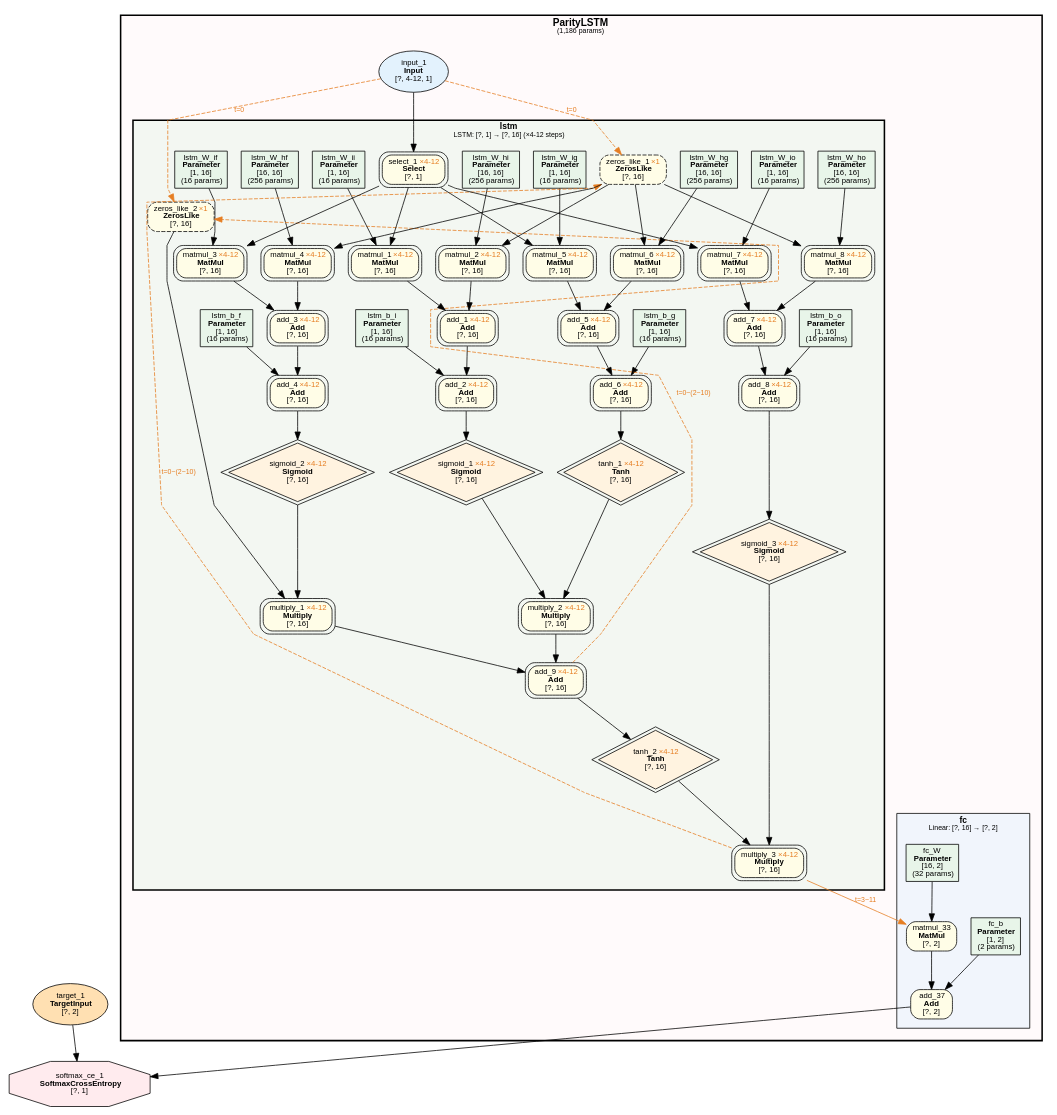
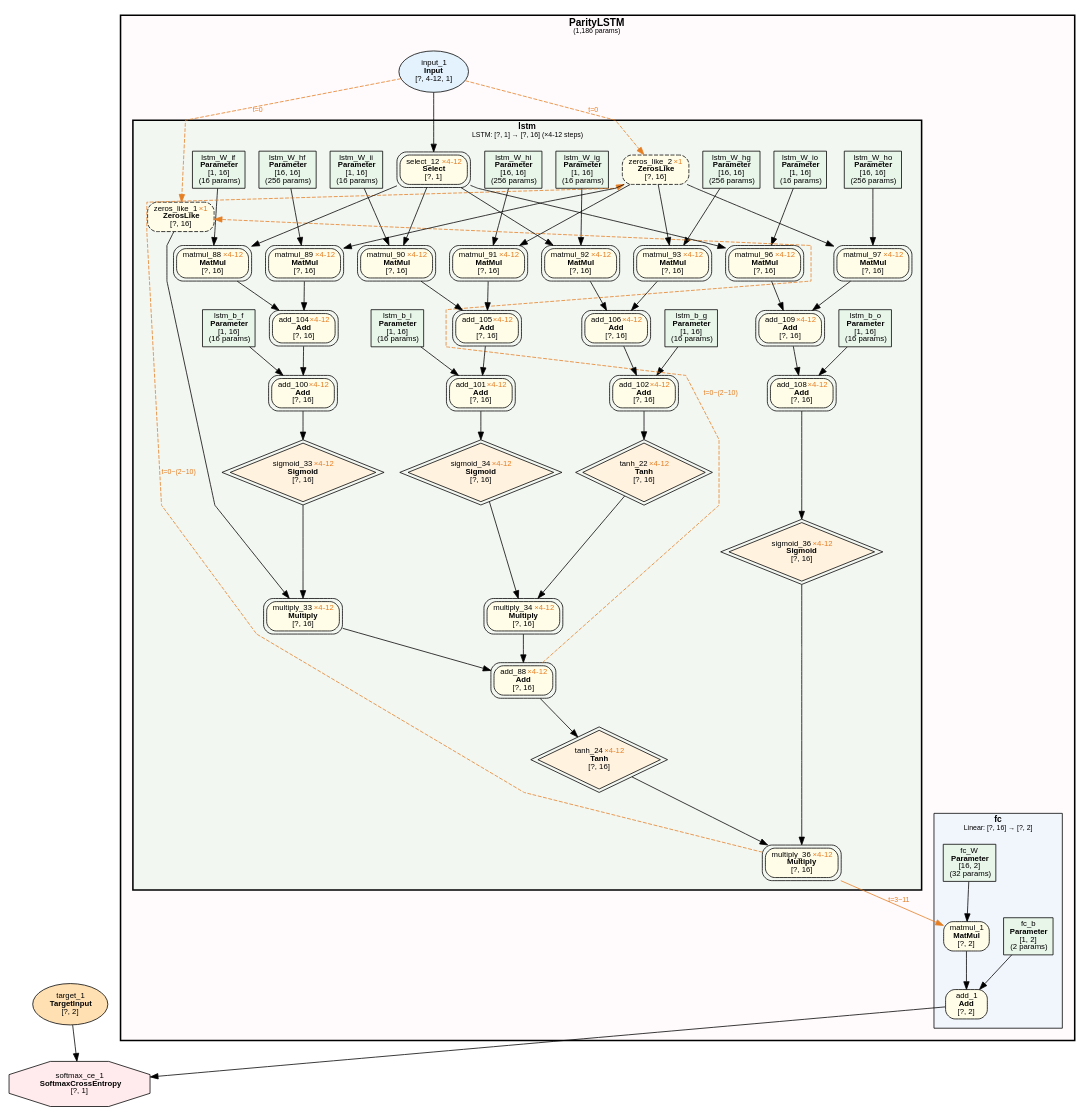
Before and after one commit to dbsxdbsx/only_torch: the diagram in examples/parity_lstm_var_len/parity_lstm_var_len.dot, drawn with Graphviz. The commit also changed 15 other files, not shown here.

```diff
--- a/examples/parity_lstm_var_len/parity_lstm_var_len.dot
+++ b/examples/parity_lstm_var_len/parity_lstm_var_len.dot
@@ -20,10 +20,10 @@
             fontname="Microsoft YaHei,SimHei,Arial";
             fontsize=11;
             margin=12;
-                "89025" [label=<add_37<BR/><B>Add</B><BR/>[?, 2]> shape=box style="filled,rounded" fillcolor="#FFFDE7" fontsize=10];
-                "89024" [label=<matmul_33<BR/><B>MatMul</B><BR/>[?, 2]> shape=box style="filled,rounded" fillcolor="#FFFDE7" fontsize=10];
-                "14" [label=<fc_b<BR/><B>Parameter</B><BR/>[1, 2]<BR/>(2 params)> shape=box style=filled fillcolor="#E8F5E9" fontsize=10];
-                "13" [label=<fc_W<BR/><B>Parameter</B><BR/>[16, 2]<BR/>(32 params)> shape=box style=filled fillcolor="#E8F5E9" fontsize=10];
+                "2" [label=<add_1<BR/><B>Add</B><BR/>[?, 2]> shape=box style="filled,rounded" fillcolor="#FFFDE7" fontsize=10];
+                "4" [label=<matmul_1<BR/><B>MatMul</B><BR/>[?, 2]> shape=box style="filled,rounded" fillcolor="#FFFDE7" fontsize=10];
+                "5" [label=<fc_b<BR/><B>Parameter</B><BR/>[1, 2]<BR/>(2 params)> shape=box style=filled fillcolor="#E8F5E9" fontsize=10];
+                "7" [label=<fc_W<BR/><B>Parameter</B><BR/>[16, 2]<BR/>(32 params)> shape=box style=filled fillcolor="#E8F5E9" fontsize=10];
         }
 
         subgraph cluster_ParityLSTM_lstm {
@@ -35,108 +35,108 @@
             fontname="Microsoft YaHei,SimHei,Arial";
             fontsize=11;
             margin=12;
-            "12" [label=<lstm_b_o<BR/><B>Parameter</B><BR/>[1, 16]<BR/>(16 params)> shape=box style=filled fillcolor="#E8F5E9" fontsize=10];
-            "10" [label=<lstm_W_io<BR/><B>Parameter</B><BR/>[1, 16]<BR/>(16 params)> shape=box style=filled fillcolor="#E8F5E9" fontsize=10];
-            "11" [label=<lstm_W_ho<BR/><B>Parameter</B><BR/>[16, 16]<BR/>(256 params)> shape=box style=filled fillcolor="#E8F5E9" fontsize=10];
-            "6" [label=<lstm_b_f<BR/><B>Parameter</B><BR/>[1, 16]<BR/>(16 params)> shape=box style=filled fillcolor="#E8F5E9" fontsize=10];
-            "3" [label=<lstm_b_i<BR/><B>Parameter</B><BR/>[1, 16]<BR/>(16 params)> shape=box style=filled fillcolor="#E8F5E9" fontsize=10];
-            "9" [label=<lstm_b_g<BR/><B>Parameter</B><BR/>[1, 16]<BR/>(16 params)> shape=box style=filled fillcolor="#E8F5E9" fontsize=10];
-            "4" [label=<lstm_W_if<BR/><B>Parameter</B><BR/>[1, 16]<BR/>(16 params)> shape=box style=filled fillcolor="#E8F5E9" fontsize=10];
-            "5" [label=<lstm_W_hf<BR/><B>Parameter</B><BR/>[16, 16]<BR/>(256 params)> shape=box style=filled fillcolor="#E8F5E9" fontsize=10];
-            "88943" [label=<add_9 <FONT COLOR="#E67E22">×4-12</FONT><BR/><B>Add</B><BR/>[?, 16]> shape=box style="filled,rounded" fillcolor="#FFFDE7" fontsize=10 peripheries=2];
-            "1" [label=<lstm_W_ii<BR/><B>Parameter</B><BR/>[1, 16]<BR/>(16 params)> shape=box style=filled fillcolor="#E8F5E9" fontsize=10];
-            "2" [label=<lstm_W_hi<BR/><B>Parameter</B><BR/>[16, 16]<BR/>(256 params)> shape=box style=filled fillcolor="#E8F5E9" fontsize=10];
-            "7" [label=<lstm_W_ig<BR/><B>Parameter</B><BR/>[1, 16]<BR/>(16 params)> shape=box style=filled fillcolor="#E8F5E9" fontsize=10];
-            "8" [label=<lstm_W_hg<BR/><B>Parameter</B><BR/>[16, 16]<BR/>(256 params)> shape=box style=filled fillcolor="#E8F5E9" fontsize=10];
-            "88941" [label=<multiply_1 <FONT COLOR="#E67E22">×4-12</FONT><BR/><B>Multiply</B><BR/>[?, 16]> shape=box style="filled,rounded" fillcolor="#FFFDE7" fontsize=10 peripheries=2];
-            "88942" [label=<multiply_2 <FONT COLOR="#E67E22">×4-12</FONT><BR/><B>Multiply</B><BR/>[?, 16]> shape=box style="filled,rounded" fillcolor="#FFFDE7" fontsize=10 peripheries=2];
-            "88930" [label=<sigmoid_2 <FONT COLOR="#E67E22">×4-12</FONT><BR/><B>Sigmoid</B><BR/>[?, 16]> shape=diamond style=filled fillcolor="#FFF3E0" fontsize=10 peripheries=2];
-            "88919" [label=<zeros_like_2 <FONT COLOR="#E67E22">×1</FONT><BR/><B>ZerosLike</B><BR/>[?, 16]> shape=box style="filled,rounded,dashed" fillcolor="#FFFDE7" fontsize=10];
-            "88925" [label=<sigmoid_1 <FONT COLOR="#E67E22">×4-12</FONT><BR/><B>Sigmoid</B><BR/>[?, 16]> shape=diamond style=filled fillcolor="#FFF3E0" fontsize=10 peripheries=2];
-            "88935" [label=<tanh_1 <FONT COLOR="#E67E22">×4-12</FONT><BR/><B>Tanh</B><BR/>[?, 16]> shape=diamond style=filled fillcolor="#FFF3E0" fontsize=10 peripheries=2];
-            "88929" [label=<add_4 <FONT COLOR="#E67E22">×4-12</FONT><BR/><B>Add</B><BR/>[?, 16]> shape=box style="filled,rounded" fillcolor="#FFFDE7" fontsize=10 peripheries=2];
-            "88924" [label=<add_2 <FONT COLOR="#E67E22">×4-12</FONT><BR/><B>Add</B><BR/>[?, 16]> shape=box style="filled,rounded" fillcolor="#FFFDE7" fontsize=10 peripheries=2];
-            "88934" [label=<add_6 <FONT COLOR="#E67E22">×4-12</FONT><BR/><B>Add</B><BR/>[?, 16]> shape=box style="filled,rounded" fillcolor="#FFFDE7" fontsize=10 peripheries=2];
-            "88945" [label=<multiply_3 <FONT COLOR="#E67E22">×4-12</FONT><BR/><B>Multiply</B><BR/>[?, 16]> shape=box style="filled,rounded" fillcolor="#FFFDE7" fontsize=10 peripheries=2];
-            "88928" [label=<add_3 <FONT COLOR="#E67E22">×4-12</FONT><BR/><B>Add</B><BR/>[?, 16]> shape=box style="filled,rounded" fillcolor="#FFFDE7" fontsize=10 peripheries=2];
-            "88923" [label=<add_1 <FONT COLOR="#E67E22">×4-12</FONT><BR/><B>Add</B><BR/>[?, 16]> shape=box style="filled,rounded" fillcolor="#FFFDE7" fontsize=10 peripheries=2];
-            "88933" [label=<add_5 <FONT COLOR="#E67E22">×4-12</FONT><BR/><B>Add</B><BR/>[?, 16]> shape=box style="filled,rounded" fillcolor="#FFFDE7" fontsize=10 peripheries=2];
-            "88940" [label=<sigmoid_3 <FONT COLOR="#E67E22">×4-12</FONT><BR/><B>Sigmoid</B><BR/>[?, 16]> shape=diamond style=filled fillcolor="#FFF3E0" fontsize=10 peripheries=2];
-            "88944" [label=<tanh_2 <FONT COLOR="#E67E22">×4-12</FONT><BR/><B>Tanh</B><BR/>[?, 16]> shape=diamond style=filled fillcolor="#FFF3E0" fontsize=10 peripheries=2];
-            "88926" [label=<matmul_3 <FONT COLOR="#E67E22">×4-12</FONT><BR/><B>MatMul</B><BR/>[?, 16]> shape=box style="filled,rounded" fillcolor="#FFFDE7" fontsize=10 peripheries=2];
-            "88927" [label=<matmul_4 <FONT COLOR="#E67E22">×4-12</FONT><BR/><B>MatMul</B><BR/>[?, 16]> shape=box style="filled,rounded" fillcolor="#FFFDE7" fontsize=10 peripheries=2];
-            "88921" [label=<matmul_1 <FONT COLOR="#E67E22">×4-12</FONT><BR/><B>MatMul</B><BR/>[?, 16]> shape=box style="filled,rounded" fillcolor="#FFFDE7" fontsize=10 peripheries=2];
-            "88922" [label=<matmul_2 <FONT COLOR="#E67E22">×4-12</FONT><BR/><B>MatMul</B><BR/>[?, 16]> shape=box style="filled,rounded" fillcolor="#FFFDE7" fontsize=10 peripheries=2];
-            "88931" [label=<matmul_5 <FONT COLOR="#E67E22">×4-12</FONT><BR/><B>MatMul</B><BR/>[?, 16]> shape=box style="filled,rounded" fillcolor="#FFFDE7" fontsize=10 peripheries=2];
-            "88932" [label=<matmul_6 <FONT COLOR="#E67E22">×4-12</FONT><BR/><B>MatMul</B><BR/>[?, 16]> shape=box style="filled,rounded" fillcolor="#FFFDE7" fontsize=10 peripheries=2];
-            "88939" [label=<add_8 <FONT COLOR="#E67E22">×4-12</FONT><BR/><B>Add</B><BR/>[?, 16]> shape=box style="filled,rounded" fillcolor="#FFFDE7" fontsize=10 peripheries=2];
-            "88920" [label=<select_1 <FONT COLOR="#E67E22">×4-12</FONT><BR/><B>Select</B><BR/>[?, 1]> shape=box style="filled,rounded" fillcolor="#FFFDE7" fontsize=10 peripheries=2];
-            "88918" [label=<zeros_like_1 <FONT COLOR="#E67E22">×1</FONT><BR/><B>ZerosLike</B><BR/>[?, 16]> shape=box style="filled,rounded,dashed" fillcolor="#FFFDE7" fontsize=10];
-            "88938" [label=<add_7 <FONT COLOR="#E67E22">×4-12</FONT><BR/><B>Add</B><BR/>[?, 16]> shape=box style="filled,rounded" fillcolor="#FFFDE7" fontsize=10 peripheries=2];
-            "88936" [label=<matmul_7 <FONT COLOR="#E67E22">×4-12</FONT><BR/><B>MatMul</B><BR/>[?, 16]> shape=box style="filled,rounded" fillcolor="#FFFDE7" fontsize=10 peripheries=2];
-            "88937" [label=<matmul_8 <FONT COLOR="#E67E22">×4-12</FONT><BR/><B>MatMul</B><BR/>[?, 16]> shape=box style="filled,rounded" fillcolor="#FFFDE7" fontsize=10 peripheries=2];
+            "13" [label=<lstm_b_o<BR/><B>Parameter</B><BR/>[1, 16]<BR/>(16 params)> shape=box style=filled fillcolor="#E8F5E9" fontsize=10];
+            "23" [label=<lstm_W_io<BR/><B>Parameter</B><BR/>[1, 16]<BR/>(16 params)> shape=box style=filled fillcolor="#E8F5E9" fontsize=10];
+            "25" [label=<lstm_W_ho<BR/><B>Parameter</B><BR/>[16, 16]<BR/>(256 params)> shape=box style=filled fillcolor="#E8F5E9" fontsize=10];
+            "35" [label=<lstm_b_f<BR/><B>Parameter</B><BR/>[1, 16]<BR/>(16 params)> shape=box style=filled fillcolor="#E8F5E9" fontsize=10];
+            "41" [label=<lstm_b_i<BR/><B>Parameter</B><BR/>[1, 16]<BR/>(16 params)> shape=box style=filled fillcolor="#E8F5E9" fontsize=10];
+            "43" [label=<lstm_b_g<BR/><B>Parameter</B><BR/>[1, 16]<BR/>(16 params)> shape=box style=filled fillcolor="#E8F5E9" fontsize=10];
+            "57" [label=<lstm_W_if<BR/><B>Parameter</B><BR/>[1, 16]<BR/>(16 params)> shape=box style=filled fillcolor="#E8F5E9" fontsize=10];
+            "58" [label=<lstm_W_hf<BR/><B>Parameter</B><BR/>[16, 16]<BR/>(256 params)> shape=box style=filled fillcolor="#E8F5E9" fontsize=10];
+            "66" [label=<lstm_W_ii<BR/><B>Parameter</B><BR/>[1, 16]<BR/>(16 params)> shape=box style=filled fillcolor="#E8F5E9" fontsize=10];
+            "67" [label=<lstm_W_hi<BR/><B>Parameter</B><BR/>[16, 16]<BR/>(256 params)> shape=box style=filled fillcolor="#E8F5E9" fontsize=10];
+            "68" [label=<lstm_W_ig<BR/><B>Parameter</B><BR/>[1, 16]<BR/>(16 params)> shape=box style=filled fillcolor="#E8F5E9" fontsize=10];
+            "69" [label=<lstm_W_hg<BR/><B>Parameter</B><BR/>[16, 16]<BR/>(256 params)> shape=box style=filled fillcolor="#E8F5E9" fontsize=10];
+            "266" [label=<add_88 <FONT COLOR="#E67E22">×4-12</FONT><BR/><B>Add</B><BR/>[?, 16]> shape=box style="filled,rounded" fillcolor="#FFFDE7" fontsize=10 peripheries=2];
+            "277" [label=<multiply_33 <FONT COLOR="#E67E22">×4-12</FONT><BR/><B>Multiply</B><BR/>[?, 16]> shape=box style="filled,rounded" fillcolor="#FFFDE7" fontsize=10 peripheries=2];
+            "278" [label=<multiply_34 <FONT COLOR="#E67E22">×4-12</FONT><BR/><B>Multiply</B><BR/>[?, 16]> shape=box style="filled,rounded" fillcolor="#FFFDE7" fontsize=10 peripheries=2];
+            "291" [label=<sigmoid_33 <FONT COLOR="#E67E22">×4-12</FONT><BR/><B>Sigmoid</B><BR/>[?, 16]> shape=diamond style=filled fillcolor="#FFF3E0" fontsize=10 peripheries=2];
+            "292" [label=<zeros_like_1 <FONT COLOR="#E67E22">×1</FONT><BR/><B>ZerosLike</B><BR/>[?, 16]> shape=box style="filled,rounded,dashed" fillcolor="#FFFDE7" fontsize=10];
+            "293" [label=<sigmoid_34 <FONT COLOR="#E67E22">×4-12</FONT><BR/><B>Sigmoid</B><BR/>[?, 16]> shape=diamond style=filled fillcolor="#FFF3E0" fontsize=10 peripheries=2];
+            "294" [label=<tanh_22 <FONT COLOR="#E67E22">×4-12</FONT><BR/><B>Tanh</B><BR/>[?, 16]> shape=diamond style=filled fillcolor="#FFF3E0" fontsize=10 peripheries=2];
+            "302" [label=<add_100 <FONT COLOR="#E67E22">×4-12</FONT><BR/><B>Add</B><BR/>[?, 16]> shape=box style="filled,rounded" fillcolor="#FFFDE7" fontsize=10 peripheries=2];
+            "303" [label=<add_101 <FONT COLOR="#E67E22">×4-12</FONT><BR/><B>Add</B><BR/>[?, 16]> shape=box style="filled,rounded" fillcolor="#FFFDE7" fontsize=10 peripheries=2];
+            "304" [label=<add_102 <FONT COLOR="#E67E22">×4-12</FONT><BR/><B>Add</B><BR/>[?, 16]> shape=box style="filled,rounded" fillcolor="#FFFDE7" fontsize=10 peripheries=2];
+            "313" [label=<multiply_36 <FONT COLOR="#E67E22">×4-12</FONT><BR/><B>Multiply</B><BR/>[?, 16]> shape=box style="filled,rounded" fillcolor="#FFFDE7" fontsize=10 peripheries=2];
+            "314" [label=<add_104 <FONT COLOR="#E67E22">×4-12</FONT><BR/><B>Add</B><BR/>[?, 16]> shape=box style="filled,rounded" fillcolor="#FFFDE7" fontsize=10 peripheries=2];
+            "315" [label=<add_105 <FONT COLOR="#E67E22">×4-12</FONT><BR/><B>Add</B><BR/>[?, 16]> shape=box style="filled,rounded" fillcolor="#FFFDE7" fontsize=10 peripheries=2];
+            "316" [label=<add_106 <FONT COLOR="#E67E22">×4-12</FONT><BR/><B>Add</B><BR/>[?, 16]> shape=box style="filled,rounded" fillcolor="#FFFDE7" fontsize=10 peripheries=2];
+            "318" [label=<sigmoid_36 <FONT COLOR="#E67E22">×4-12</FONT><BR/><B>Sigmoid</B><BR/>[?, 16]> shape=diamond style=filled fillcolor="#FFF3E0" fontsize=10 peripheries=2];
+            "319" [label=<tanh_24 <FONT COLOR="#E67E22">×4-12</FONT><BR/><B>Tanh</B><BR/>[?, 16]> shape=diamond style=filled fillcolor="#FFF3E0" fontsize=10 peripheries=2];
+            "320" [label=<matmul_88 <FONT COLOR="#E67E22">×4-12</FONT><BR/><B>MatMul</B><BR/>[?, 16]> shape=box style="filled,rounded" fillcolor="#FFFDE7" fontsize=10 peripheries=2];
+            "321" [label=<matmul_89 <FONT COLOR="#E67E22">×4-12</FONT><BR/><B>MatMul</B><BR/>[?, 16]> shape=box style="filled,rounded" fillcolor="#FFFDE7" fontsize=10 peripheries=2];
+            "322" [label=<matmul_90 <FONT COLOR="#E67E22">×4-12</FONT><BR/><B>MatMul</B><BR/>[?, 16]> shape=box style="filled,rounded" fillcolor="#FFFDE7" fontsize=10 peripheries=2];
+            "323" [label=<matmul_91 <FONT COLOR="#E67E22">×4-12</FONT><BR/><B>MatMul</B><BR/>[?, 16]> shape=box style="filled,rounded" fillcolor="#FFFDE7" fontsize=10 peripheries=2];
+            "324" [label=<matmul_92 <FONT COLOR="#E67E22">×4-12</FONT><BR/><B>MatMul</B><BR/>[?, 16]> shape=box style="filled,rounded" fillcolor="#FFFDE7" fontsize=10 peripheries=2];
+            "325" [label=<matmul_93 <FONT COLOR="#E67E22">×4-12</FONT><BR/><B>MatMul</B><BR/>[?, 16]> shape=box style="filled,rounded" fillcolor="#FFFDE7" fontsize=10 peripheries=2];
+            "328" [label=<add_108 <FONT COLOR="#E67E22">×4-12</FONT><BR/><B>Add</B><BR/>[?, 16]> shape=box style="filled,rounded" fillcolor="#FFFDE7" fontsize=10 peripheries=2];
+            "329" [label=<select_12 <FONT COLOR="#E67E22">×4-12</FONT><BR/><B>Select</B><BR/>[?, 1]> shape=box style="filled,rounded" fillcolor="#FFFDE7" fontsize=10 peripheries=2];
+            "330" [label=<zeros_like_2 <FONT COLOR="#E67E22">×1</FONT><BR/><B>ZerosLike</B><BR/>[?, 16]> shape=box style="filled,rounded,dashed" fillcolor="#FFFDE7" fontsize=10];
+            "331" [label=<add_109 <FONT COLOR="#E67E22">×4-12</FONT><BR/><B>Add</B><BR/>[?, 16]> shape=box style="filled,rounded" fillcolor="#FFFDE7" fontsize=10 peripheries=2];
+            "332" [label=<matmul_96 <FONT COLOR="#E67E22">×4-12</FONT><BR/><B>MatMul</B><BR/>[?, 16]> shape=box style="filled,rounded" fillcolor="#FFFDE7" fontsize=10 peripheries=2];
+            "333" [label=<matmul_97 <FONT COLOR="#E67E22">×4-12</FONT><BR/><B>MatMul</B><BR/>[?, 16]> shape=box style="filled,rounded" fillcolor="#FFFDE7" fontsize=10 peripheries=2];
         }
 
-        "88917" [label=<input_1<BR/><B>Input</B><BR/>[?, 4-12, 1]> shape=ellipse style=filled fillcolor="#E3F2FD" fontsize=10];
+        "31" [label=<input_1<BR/><B>Input</B><BR/>[?, 4-12, 1]> shape=ellipse style=filled fillcolor="#E3F2FD" fontsize=10];
     }
 
-    "89027" [label=<softmax_ce_1<BR/><B>SoftmaxCrossEntropy</B><BR/>[?, 1]> shape=octagon style=filled fillcolor="#FFEBEE" fontsize=10];
-    "89026" [label=<target_1<BR/><B>TargetInput</B><BR/>[?, 2]> shape=ellipse style=filled fillcolor="#FFE0B2" fontsize=10];
+    "1" [label=<softmax_ce_1<BR/><B>SoftmaxCrossEntropy</B><BR/>[?, 1]> shape=octagon style=filled fillcolor="#FFEBEE" fontsize=10];
+    "3" [label=<target_1<BR/><B>TargetInput</B><BR/>[?, 2]> shape=ellipse style=filled fillcolor="#FFE0B2" fontsize=10];
 
-    "89025" -> "89027";
-    "89026" -> "89027";
-    "89024" -> "89025";
-    "14" -> "89025";
-    "88945" -> "89024" [color="#E67E22" label=<t=3~11> fontcolor="#E67E22" fontsize=9];
-    "13" -> "89024";
-    "88941" -> "88943";
-    "88942" -> "88943";
-    "88930" -> "88941";
-    "88919" -> "88941";
-    "88925" -> "88942";
-    "88935" -> "88942";
-    "88929" -> "88930";
-    "88917" -> "88919" [style=dashed color="#E67E22" label=<t=0> fontcolor="#E67E22" fontsize=9];
-    "88924" -> "88925";
-    "88934" -> "88935";
-    "88928" -> "88929";
-    "6" -> "88929";
-    "88923" -> "88924";
-    "3" -> "88924";
-    "88933" -> "88934";
-    "9" -> "88934";
-    "88940" -> "88945";
-    "88944" -> "88945";
-    "88926" -> "88928";
-    "88927" -> "88928";
-    "88921" -> "88923";
-    "88922" -> "88923";
-    "88931" -> "88933";
-    "88932" -> "88933";
-    "88939" -> "88940";
-    "88943" -> "88944";
-    "88920" -> "88926";
-    "4" -> "88926";
-    "88918" -> "88927";
-    "5" -> "88927";
-    "88920" -> "88921";
-    "1" -> "88921";
-    "88918" -> "88922";
-    "2" -> "88922";
-    "88920" -> "88931";
-    "7" -> "88931";
-    "88918" -> "88932";
-    "8" -> "88932";
-    "88938" -> "88939";
-    "12" -> "88939";
-    "88917" -> "88920";
-    "88917" -> "88918" [style=dashed color="#E67E22" label=<t=0> fontcolor="#E67E22" fontsize=9];
-    "88936" -> "88938";
-    "88937" -> "88938";
-    "88920" -> "88936";
-    "10" -> "88936";
-    "88918" -> "88937";
-    "11" -> "88937";
-    "88945" -> "88918" [style=dashed color="#E67E22" label=<t=0~(2~10)> fontcolor="#E67E22" fontsize=9 constraint=false];
-    "88943" -> "88919" [style=dashed color="#E67E22" label=<t=0~(2~10)> fontcolor="#E67E22" fontsize=9 constraint=false];
+    "2" -> "1";
+    "3" -> "1";
+    "4" -> "2";
+    "5" -> "2";
+    "313" -> "4" [color="#E67E22" label=<t=3~11> fontcolor="#E67E22" fontsize=9];
+    "7" -> "4";
+    "277" -> "266";
+    "278" -> "266";
+    "291" -> "277";
+    "292" -> "277";
+    "293" -> "278";
+    "294" -> "278";
+    "302" -> "291";
+    "31" -> "292" [style=dashed color="#E67E22" label=<t=0> fontcolor="#E67E22" fontsize=9];
+    "303" -> "293";
+    "304" -> "294";
+    "314" -> "302";
+    "35" -> "302";
+    "315" -> "303";
+    "41" -> "303";
+    "316" -> "304";
+    "43" -> "304";
+    "318" -> "313";
+    "319" -> "313";
+    "320" -> "314";
+    "321" -> "314";
+    "322" -> "315";
+    "323" -> "315";
+    "324" -> "316";
+    "325" -> "316";
+    "328" -> "318";
+    "266" -> "319";
+    "329" -> "320";
+    "57" -> "320";
+    "330" -> "321";
+    "58" -> "321";
+    "329" -> "322";
+    "66" -> "322";
+    "330" -> "323";
+    "67" -> "323";
+    "329" -> "324";
+    "68" -> "324";
+    "330" -> "325";
+    "69" -> "325";
+    "331" -> "328";
+    "13" -> "328";
+    "31" -> "329";
+    "31" -> "330" [style=dashed color="#E67E22" label=<t=0> fontcolor="#E67E22" fontsize=9];
+    "332" -> "331";
+    "333" -> "331";
+    "329" -> "332";
+    "23" -> "332";
+    "330" -> "333";
+    "25" -> "333";
+    "313" -> "330" [style=dashed color="#E67E22" label=<t=0~(2~10)> fontcolor="#E67E22" fontsize=9 constraint=false];
+    "266" -> "292" [style=dashed color="#E67E22" label=<t=0~(2~10)> fontcolor="#E67E22" fontsize=9 constraint=false];
 }
```
